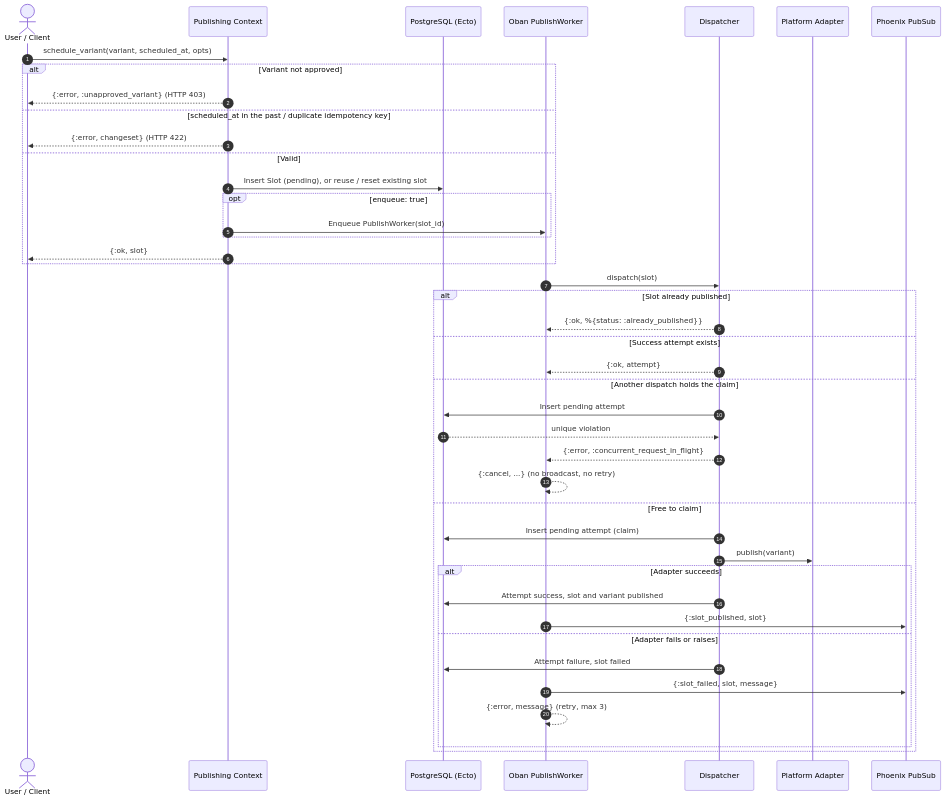
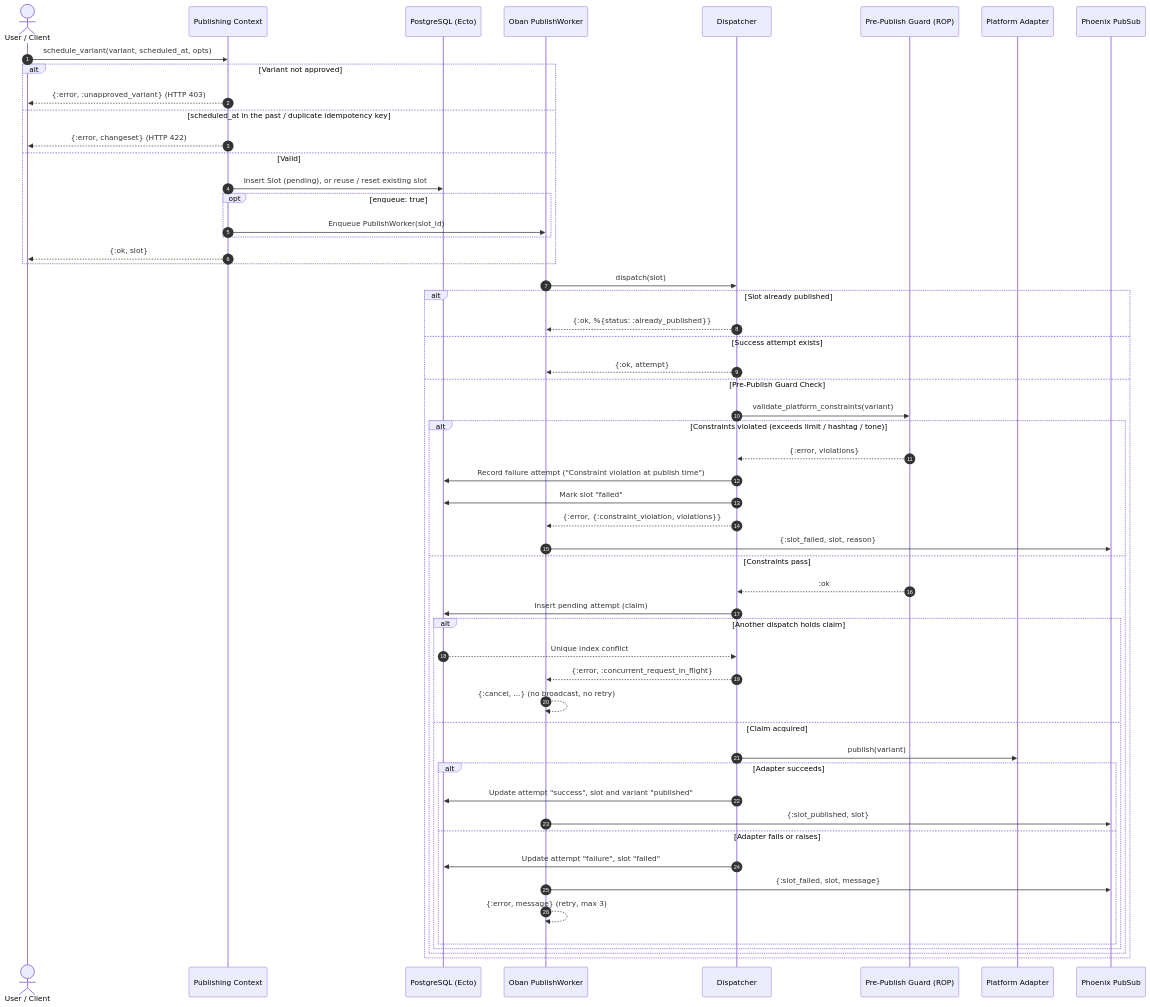
The diagram in guides/publishing_and_dispatch.md (notSmart-Fr/flyrank-capstone-social-studio), drawn with Mermaid before and after one commit. The commit also changed other lines of this file and 2 other files, not shown here.

Commit message:
feat: Enhance README and publishing guide with detailed architecture and pre-publish constraints

````diff
--- a/guides/publishing_and_dispatch.md
+++ b/guides/publishing_and_dispatch.md
@@ -18,47 +18,59 @@
 ```mermaid
 sequenceDiagram
     autonumber
     actor User as User / Client
     participant Pub as Publishing Context
     participant Repo as PostgreSQL (Ecto)
     participant Oban as Oban PublishWorker
     participant Disp as Dispatcher
+    participant Guard as Pre-Publish Guard (ROP)
     participant Adapter as Platform Adapter
     participant PubSub as Phoenix PubSub
 
     User->>Pub: schedule_variant(variant, scheduled_at, opts)
     alt Variant not approved
         Pub-->>User: {:error, :unapproved_variant} (HTTP 403)
     else scheduled_at in the past / duplicate idempotency key
         Pub-->>User: {:error, changeset} (HTTP 422)
     else Valid
         Pub->>Repo: Insert Slot (pending), or reuse / reset existing slot
         opt enqueue: true
             Pub->>Oban: Enqueue PublishWorker(slot_id)
         end
         Pub-->>User: {:ok, slot}
     end
 
     Oban->>Disp: dispatch(slot)
     alt Slot already published
         Disp-->>Oban: {:ok, %{status: :already_published}}
     else Success attempt exists
         Disp-->>Oban: {:ok, attempt}
-    else Another dispatch holds the claim
-        Disp->>Repo: Insert pending attempt
-        Repo-->>Disp: unique violation
-        Disp-->>Oban: {:error, :concurrent_request_in_flight}
-        Oban-->>Oban: {:cancel, ...} (no broadcast, no retry)
-    else Free to claim
-        Disp->>Repo: Insert pending attempt (claim)
-        Disp->>Adapter: publish(variant)
-        alt Adapter succeeds
-            Disp->>Repo: Attempt success, slot and variant published
-            Oban->>PubSub: {:slot_published, slot}
-        else Adapter fails or raises
-            Disp->>Repo: Attempt failure, slot failed
-            Oban->>PubSub: {:slot_failed, slot, message}
-            Oban-->>Oban: {:error, message} (retry, max 3)
+    else Pre-Publish Guard Check
+        Disp->>Guard: validate_platform_constraints(variant)
+        alt Constraints violated (exceeds limit / hashtag / tone)
+            Guard-->>Disp: {:error, violations}
+            Disp->>Repo: Record failure attempt ("Constraint violation at publish time")
+            Disp->>Repo: Mark slot "failed"
+            Disp-->>Oban: {:error, {:constraint_violation, violations}}
+            Oban->>PubSub: {:slot_failed, slot, reason}
+        else Constraints pass
+            Guard-->>Disp: :ok
+            Disp->>Repo: Insert pending attempt (claim)
+            alt Another dispatch holds claim
+                Repo-->>Disp: Unique index conflict
+                Disp-->>Oban: {:error, :concurrent_request_in_flight}
+                Oban-->>Oban: {:cancel, ...} (no broadcast, no retry)
+            else Claim acquired
+                Disp->>Adapter: publish(variant)
+                alt Adapter succeeds
+                    Disp->>Repo: Update attempt "success", slot and variant "published"
+                    Oban->>PubSub: {:slot_published, slot}
+                else Adapter fails or raises
+                    Disp->>Repo: Update attempt "failure", slot "failed"
+                    Oban->>PubSub: {:slot_failed, slot, message}
+                    Oban-->>Oban: {:error, message} (retry, max 3)
+                end
+            end
         end
     end
 ```
````
